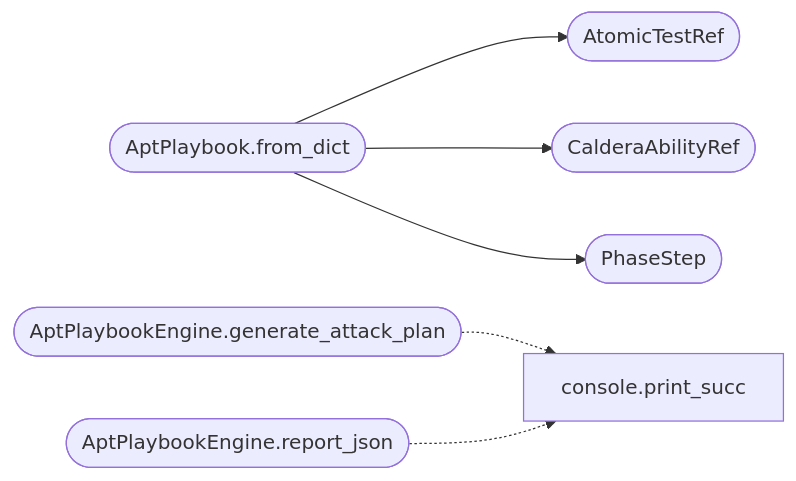
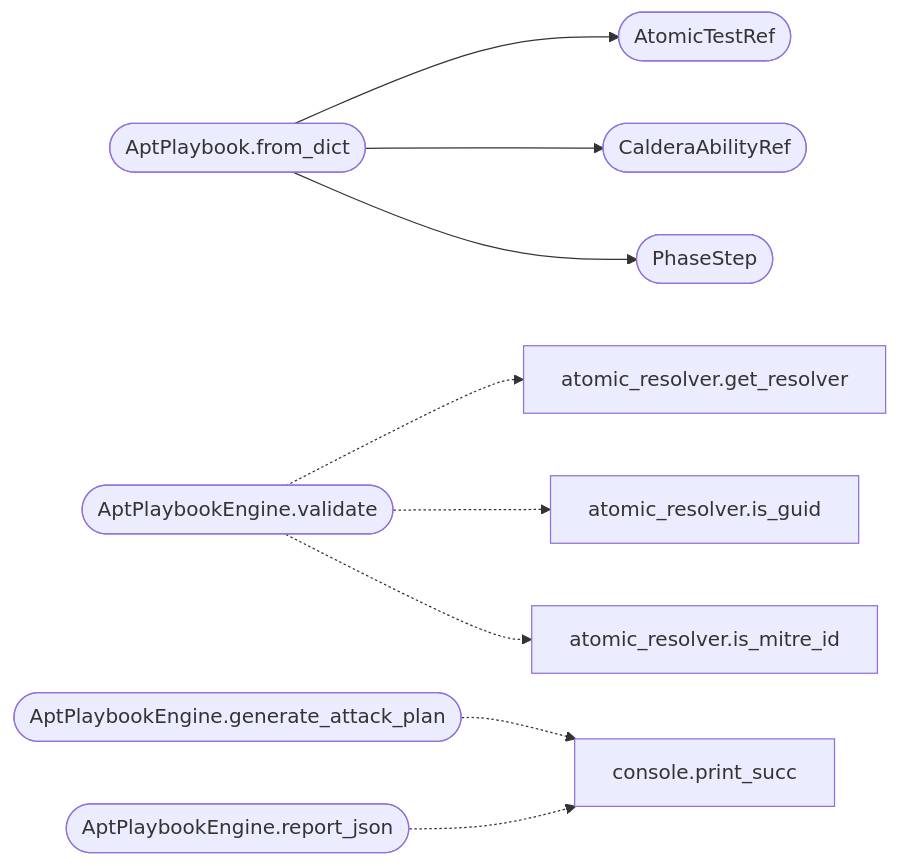
The second of 2 diagrams in readmenator-apidocs/modules/modules.apt_playbooks.py.md (grisuno/LazyOwn), drawn with Mermaid before and after one commit. The commit also changed other lines of this file and 472 other files, not shown here.

````diff
--- a/readmenator-apidocs/modules/modules.apt_playbooks.py.md
+++ b/readmenator-apidocs/modules/modules.apt_playbooks.py.md
@@ -75,15 +75,22 @@
 ```mermaid
 flowchart LR
     n_modules_apt_playbooks_py__AptPlaybook_from_dict(["AptPlaybook.from_dict"])
     n_modules_apt_playbooks_py__AtomicTestRef(["AtomicTestRef"])
     n_modules_apt_playbooks_py__CalderaAbilityRef(["CalderaAbilityRef"])
     n_modules_apt_playbooks_py__PhaseStep(["PhaseStep"])
+    n_modules_apt_playbooks_py__AptPlaybookEngine_validate(["AptPlaybookEngine.validate"])
+    n_modules_atomic_resolver_py__get_resolver["atomic_resolver.get_resolver"]
+    n_modules_atomic_resolver_py__is_guid["atomic_resolver.is_guid"]
+    n_modules_atomic_resolver_py__is_mitre_id["atomic_resolver.is_mitre_id"]
     n_modules_apt_playbooks_py__AptPlaybookEngine_generate_attack_plan(["AptPlaybookEngine.generate_attack_plan"])
     n_core_console_py__print_succ["console.print_succ"]
     n_modules_apt_playbooks_py__AptPlaybookEngine_report_json(["AptPlaybookEngine.report_json"])
     n_modules_apt_playbooks_py__AptPlaybook_from_dict --> n_modules_apt_playbooks_py__AtomicTestRef
     n_modules_apt_playbooks_py__AptPlaybook_from_dict --> n_modules_apt_playbooks_py__CalderaAbilityRef
     n_modules_apt_playbooks_py__AptPlaybook_from_dict --> n_modules_apt_playbooks_py__PhaseStep
+    n_modules_apt_playbooks_py__AptPlaybookEngine_validate -.-> n_modules_atomic_resolver_py__get_resolver
+    n_modules_apt_playbooks_py__AptPlaybookEngine_validate -.-> n_modules_atomic_resolver_py__is_guid
+    n_modules_apt_playbooks_py__AptPlaybookEngine_validate -.-> n_modules_atomic_resolver_py__is_mitre_id
     n_modules_apt_playbooks_py__AptPlaybookEngine_generate_attack_plan -.-> n_core_console_py__print_succ
     n_modules_apt_playbooks_py__AptPlaybookEngine_report_json -.-> n_core_console_py__print_succ
 ```
````
